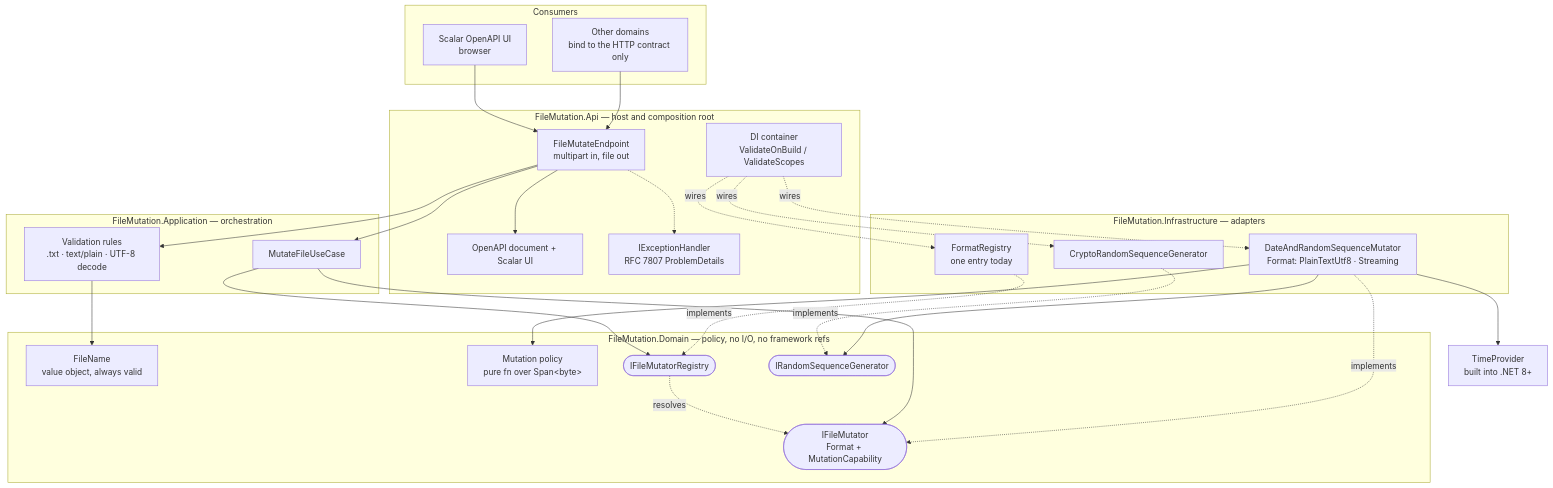
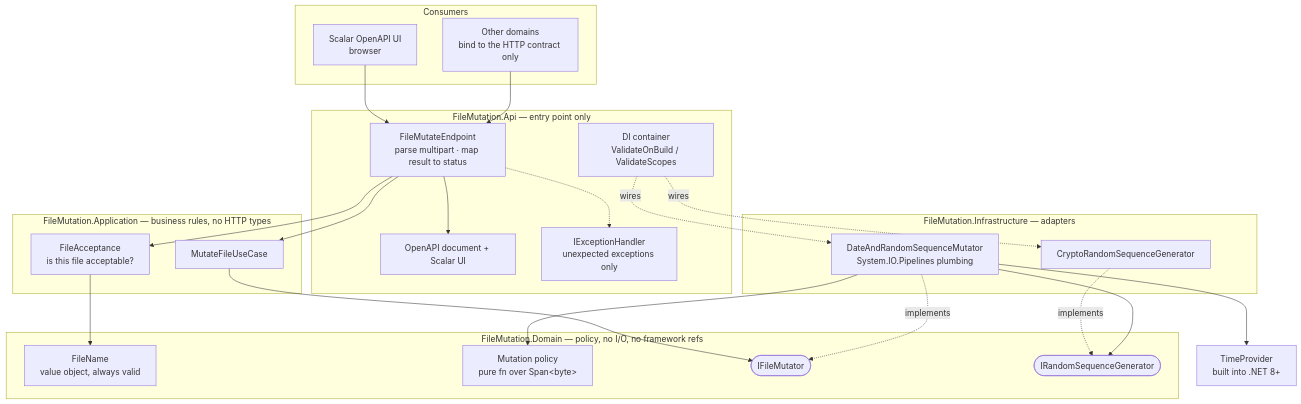
The first of 3 diagrams in docs/architecture.md (fabiantax/zero-allocation-fileupload), drawn with Mermaid before and after one commit. The commit also changed other lines of this file and 8 other files, not shown here.

First line of the commit message:
Validate before responding; drop registry and capability enum (#1) (#19)

````diff
--- a/docs/architecture.md
+++ b/docs/architecture.md
@@ -30,59 +16,52 @@
 ```mermaid
 graph TB
     subgraph consumers["Consumers"]
         UI["Scalar OpenAPI UI<br/>browser"]
         SYS["Other domains<br/>bind to the HTTP contract only"]
     end
 
-    subgraph api["FileMutation.Api — host and composition root"]
-        EP["FileMutateEndpoint<br/>multipart in, file out"]
+    subgraph api["FileMutation.Api — entry point only"]
+        EP["FileMutateEndpoint<br/>parse multipart · map result to status"]
         OAPI["OpenAPI document + Scalar UI"]
-        PD["IExceptionHandler<br/>RFC 7807 ProblemDetails"]
+        PD["IExceptionHandler<br/>unexpected exceptions only"]
         DI["DI container<br/>ValidateOnBuild / ValidateScopes"]
     end
 
-    subgraph app["FileMutation.Application — orchestration"]
+    subgraph app["FileMutation.Application — business rules, no HTTP types"]
+        ACC["FileAcceptance<br/>is this file acceptable?"]
         UC["MutateFileUseCase"]
-        VAL["Validation rules<br/>.txt · text/plain · UTF-8 decode"]
     end
 
     subgraph dom["FileMutation.Domain — policy, no I/O, no framework refs"]
         FN["FileName<br/>value object, always valid"]
         POL["Mutation policy<br/>pure fn over Span&lt;byte&gt;"]
-        P1(["IFileMutator<br/>Format + MutationCapability"])
-        P0(["IFileMutatorRegistry"])
+        P1(["IFileMutator"])
         P3(["IRandomSequenceGenerator"])
     end
 
     subgraph infra["FileMutation.Infrastructure — adapters"]
-        MUT["DateAndRandomSequenceMutator<br/>Format: PlainTextUtf8 · Streaming"]
-        REG["FormatRegistry<br/>one entry today"]
+        MUT["DateAndRandomSequenceMutator<br/>System.IO.Pipelines plumbing"]
         RNG["CryptoRandomSequenceGenerator"]
     end
 
     TP["TimeProvider<br/>built into .NET 8+"]
 
     UI --> EP
     SYS --> EP
     EP --> OAPI
-    EP --> VAL
+    EP --> ACC
     EP --> UC
     EP -.-> PD
-    VAL --> FN
-    UC --> P0
-    P0 -. resolves .-> P1
+    ACC --> FN
     UC --> P1
 
     MUT -. implements .-> P1
-    REG -. implements .-> P0
     RNG -. implements .-> P3
 
     MUT --> POL
     MUT --> P3
     MUT --> TP
 
-    DI -. wires .-> REG
     DI -. wires .-> MUT
     DI -. wires .-> RNG
-
 ```
````
